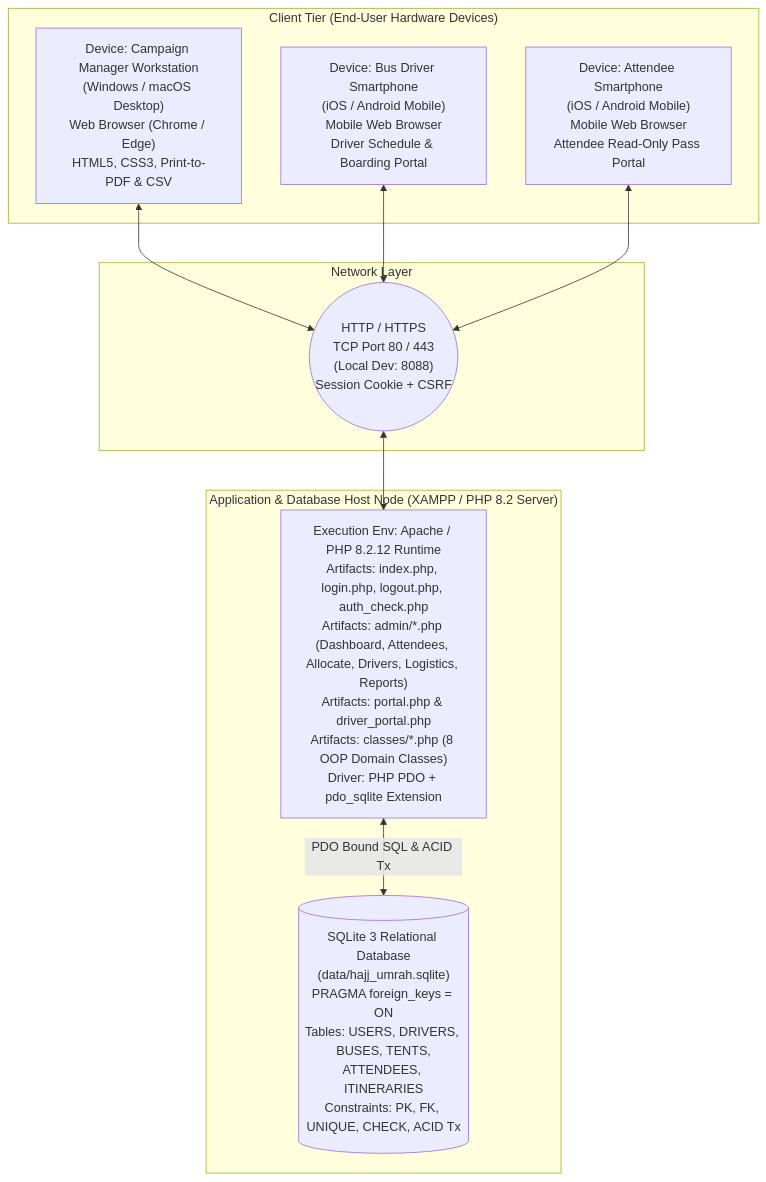
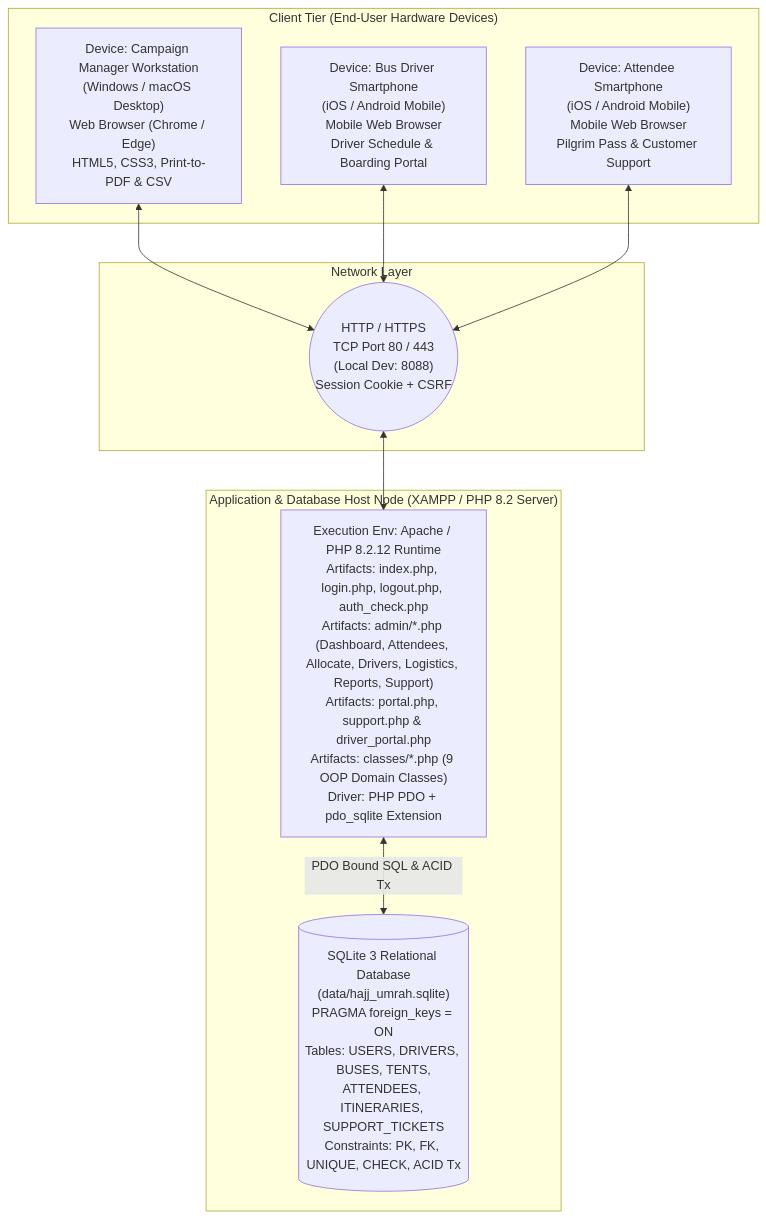
One commit to 0xMrHex/moyassir-cpit251 changed the diagram in docs/diagrams/06-deployment-diagram.md. Above: the diagram before and after it, drawn with Mermaid. The commit also changed other lines of this file and 36 other files, not shown here.

Commit message:
Add Pilgrim Customer Support form & Admin Support Inbox (US-09, 20/20 tests, synced PDFs & diagrams)

````diff
--- a/docs/diagrams/06-deployment-diagram.md
+++ b/docs/diagrams/06-deployment-diagram.md
@@ -5,24 +5,24 @@
 ```mermaid
 flowchart TB
     subgraph ClientTier["Client Tier (End-User Hardware Devices)"]
         AdminPC["Device: Campaign Manager Workstation<br/>(Windows / macOS Desktop)<br/>Web Browser (Chrome / Edge)<br/>HTML5, CSS3, Print-to-PDF & CSV"]
         DriverPhone["Device: Bus Driver Smartphone<br/>(iOS / Android Mobile)<br/>Mobile Web Browser<br/>Driver Schedule & Boarding Portal"]
-        PilgrimPhone["Device: Attendee Smartphone<br/>(iOS / Android Mobile)<br/>Mobile Web Browser<br/>Attendee Read-Only Pass Portal"]
+        PilgrimPhone["Device: Attendee Smartphone<br/>(iOS / Android Mobile)<br/>Mobile Web Browser<br/>Pilgrim Pass & Customer Support"]
     end
 
     subgraph NetworkLayer["Network Layer"]
         HTTP(("HTTP / HTTPS<br/>TCP Port 80 / 443<br/>(Local Dev: 8088)<br/>Session Cookie + CSRF"))
     end
 
     subgraph WebServerTier["Application & Database Host Node (XAMPP / PHP 8.2 Server)"]
-        PHPServer["Execution Env: Apache / PHP 8.2.12 Runtime<br/>Artifacts: index.php, login.php, logout.php, auth_check.php<br/>Artifacts: admin/*.php (Dashboard, Attendees, Allocate, Drivers, Logistics, Reports)<br/>Artifacts: portal.php & driver_portal.php<br/>Artifacts: classes/*.php (8 OOP Domain Classes)<br/>Driver: PHP PDO + pdo_sqlite Extension"]
+        PHPServer["Execution Env: Apache / PHP 8.2.12 Runtime<br/>Artifacts: index.php, login.php, logout.php, auth_check.php<br/>Artifacts: admin/*.php (Dashboard, Attendees, Allocate, Drivers, Logistics, Reports, Support)<br/>Artifacts: portal.php, support.php & driver_portal.php<br/>Artifacts: classes/*.php (9 OOP Domain Classes)<br/>Driver: PHP PDO + pdo_sqlite Extension"]
 
-        SQLiteDB[("SQLite 3 Relational Database<br/>(data/hajj_umrah.sqlite)<br/>PRAGMA foreign_keys = ON<br/>Tables: USERS, DRIVERS, BUSES, TENTS,<br/>ATTENDEES, ITINERARIES<br/>Constraints: PK, FK, UNIQUE, CHECK, ACID Tx")]
+        SQLiteDB[("SQLite 3 Relational Database<br/>(data/hajj_umrah.sqlite)<br/>PRAGMA foreign_keys = ON<br/>Tables: USERS, DRIVERS, BUSES, TENTS,<br/>ATTENDEES, ITINERARIES, SUPPORT_TICKETS<br/>Constraints: PK, FK, UNIQUE, CHECK, ACID Tx")]
     end
 
     AdminPC <--> HTTP
     DriverPhone <--> HTTP
     PilgrimPhone <--> HTTP
     HTTP <--> PHPServer
     PHPServer <-->|"PDO Bound SQL & ACID Tx"| SQLiteDB
 ```
````
